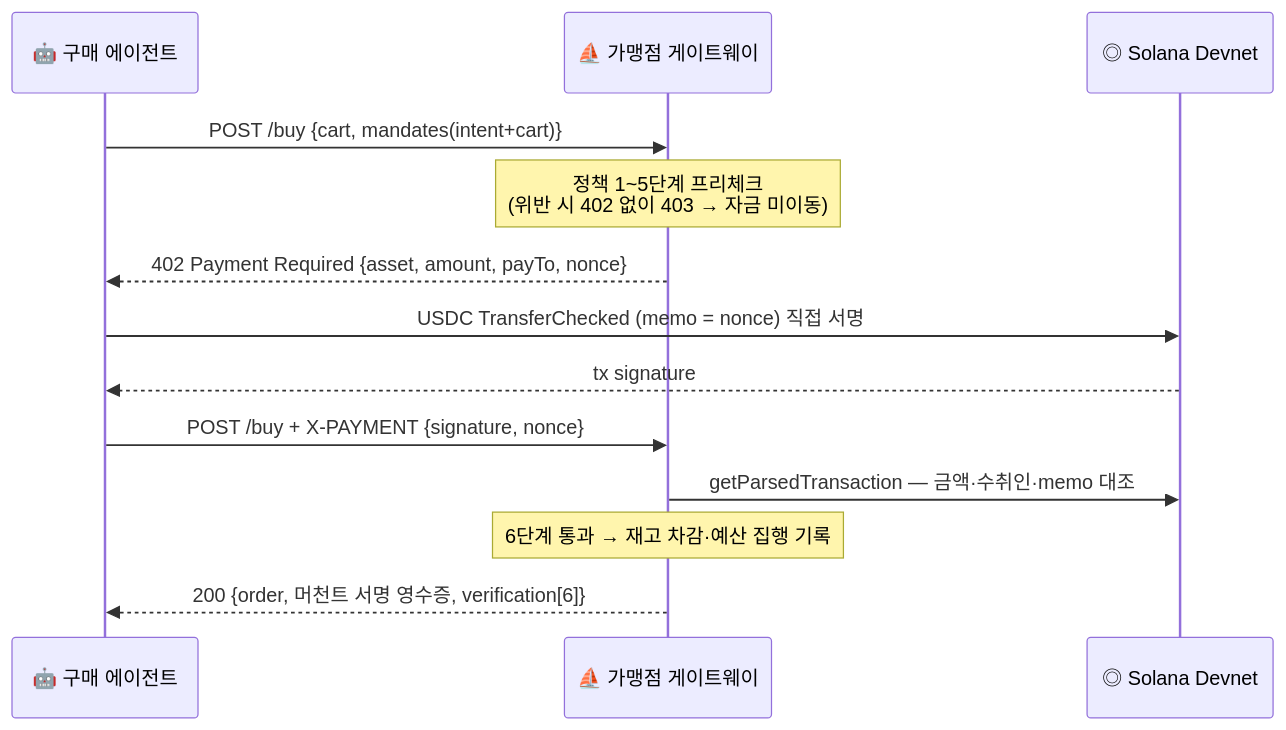
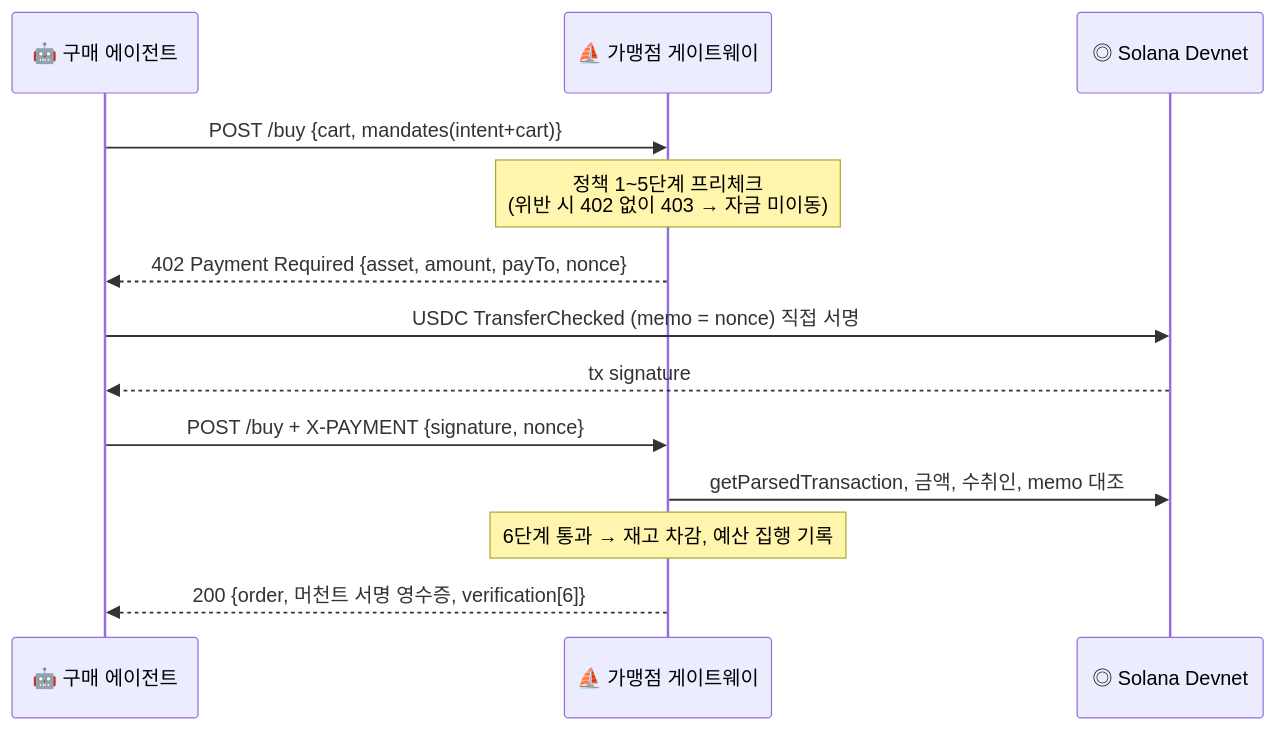
One commit to jang961111-hash/jangbogo changed the third of 3 diagrams in README.md. Above: the diagram before and after it, drawn with Mermaid. The commit also changed other lines of this file, not shown here.

````diff
--- a/README.md
+++ b/README.md
@@ -94,15 +131,15 @@
 ```mermaid
 sequenceDiagram
     participant A as 🤖 구매 에이전트
     participant G as ⛵ 가맹점 게이트웨이
     participant S as ◎ Solana Devnet
     A->>G: POST /buy {cart, mandates(intent+cart)}
     Note over G: 정책 1~5단계 프리체크<br/>(위반 시 402 없이 403 → 자금 미이동)
     G-->>A: 402 Payment Required {asset, amount, payTo, nonce}
     A->>S: USDC TransferChecked (memo = nonce) 직접 서명
     S-->>A: tx signature
     A->>G: POST /buy + X-PAYMENT {signature, nonce}
-    G->>S: getParsedTransaction — 금액·수취인·memo 대조
-    Note over G: 6단계 통과 → 재고 차감·예산 집행 기록
+    G->>S: getParsedTransaction, 금액, 수취인, memo 대조
+    Note over G: 6단계 통과 → 재고 차감, 예산 집행 기록
     G-->>A: 200 {order, 머천트 서명 영수증, verification[6]}
 ```
````
